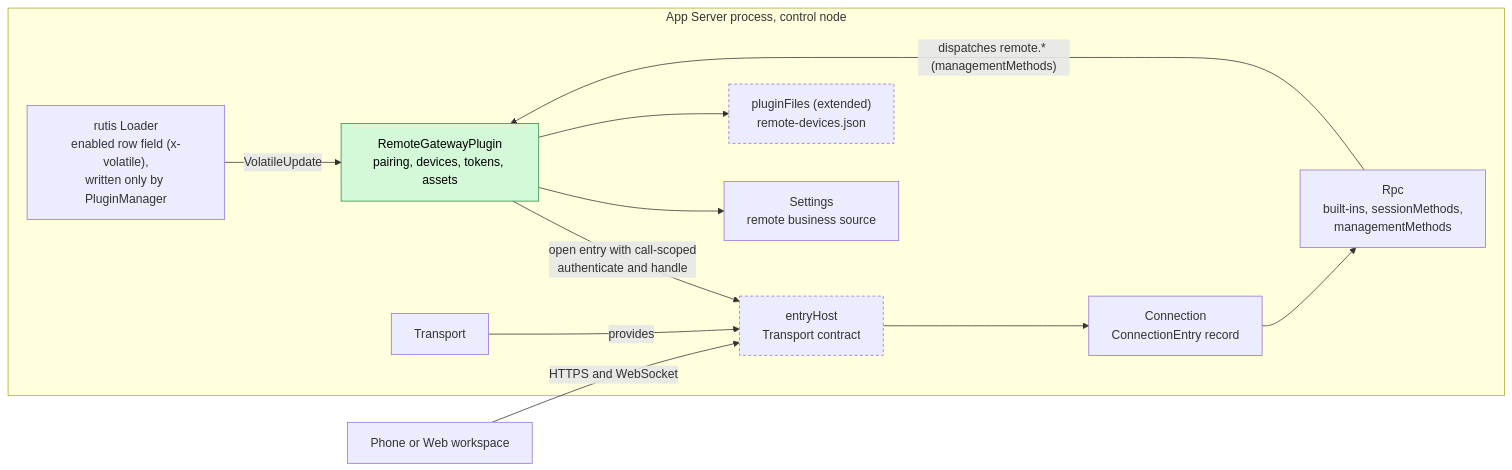
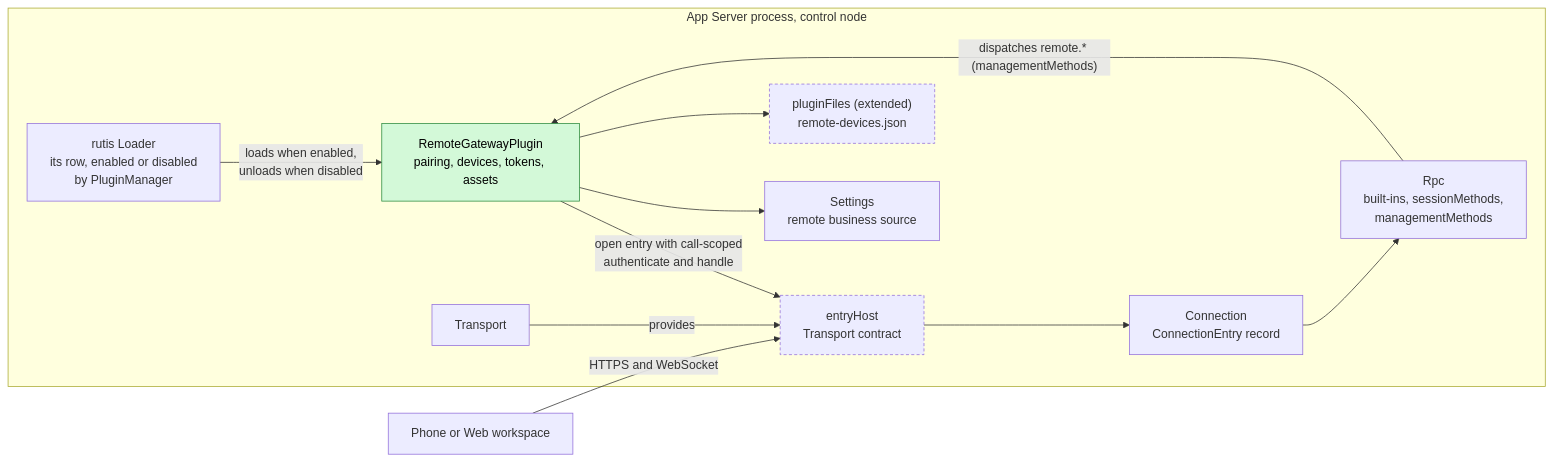
Before and after one commit to arcships/dim: the first of 6 diagrams in docs/design/plugins/RemoteGateway.md, drawn with Mermaid. The commit also changed other lines of this file and 15 other files, not shown here.

````diff
--- a/docs/design/plugins/RemoteGateway.md
+++ b/docs/design/plugins/RemoteGateway.md
@@ -11,25 +11,25 @@
 ```mermaid
 flowchart LR
   subgraph P["App Server process, control node"]
     RG["RemoteGatewayPlugin<br/>pairing, devices, tokens, assets"]:::new
     EH["entryHost<br/>Transport contract"]:::contract
     TR["Transport"]
     CONN["Connection<br/>ConnectionEntry record"]
     RPC["Rpc<br/>built-ins, sessionMethods,<br/>managementMethods"]
     SET["Settings<br/>remote business source"]
-    LDR["rutis Loader<br/>enabled row field (x-volatile),<br/>written only by PluginManager"]
+    LDR["rutis Loader<br/>its row, enabled or disabled<br/>by PluginManager"]
     PST["pluginFiles (extended)<br/>remote-devices.json"]:::contract
   end
   DEV["Phone or Web workspace"]
   DEV -->|"HTTPS and WebSocket"| EH
   RG -->|"open entry with call-scoped<br/>authenticate and handle"| EH
   TR -->|"provides"| EH
   EH --> CONN
   CONN --> RPC
   RPC -->|"dispatches remote.* (managementMethods)"| RG
   RG --> SET
-  LDR -->|"VolatileUpdate"| RG
+  LDR -->|"loads when enabled,<br/>unloads when disabled"| RG
   RG --> PST
   classDef new fill:#d3f9d8,stroke:#2b8a3e,color:#000
   classDef contract stroke-dasharray:4 3
 ```
````
